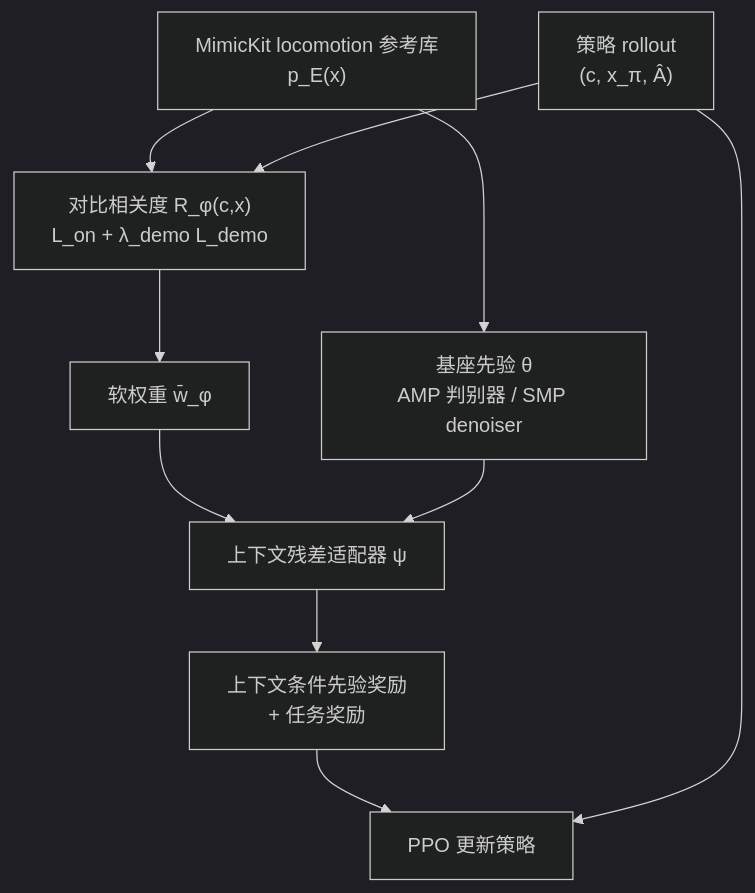
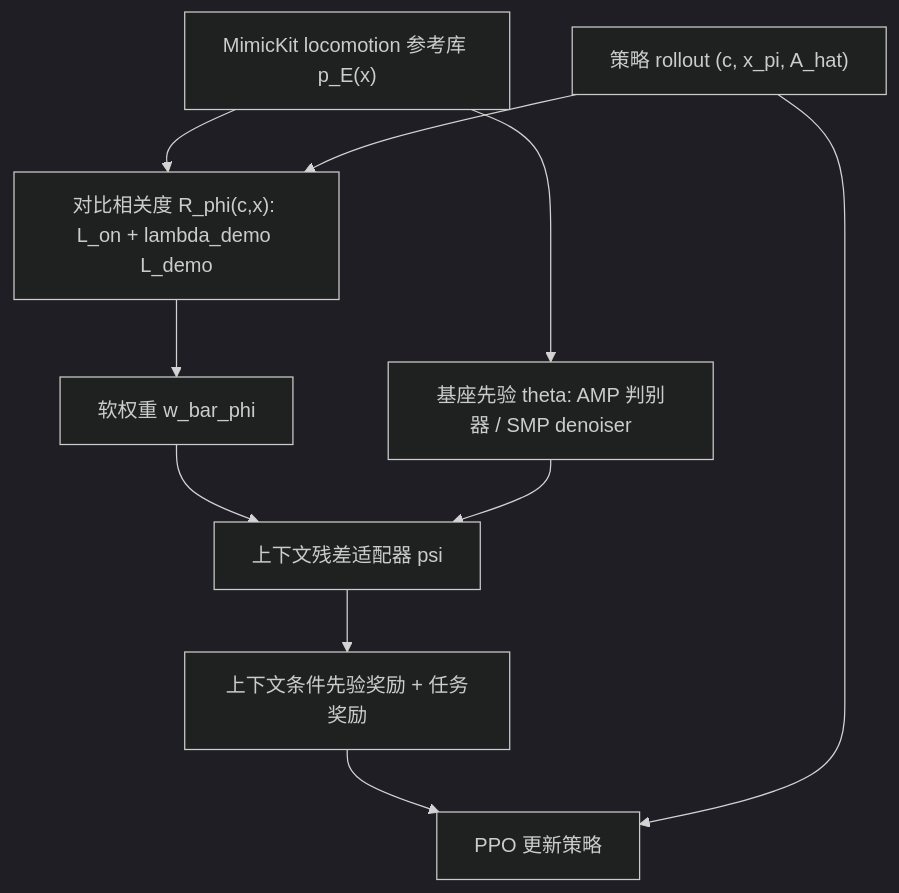
The diagram in wiki/entities/paper-cmp.md (ImChong/Robotics_Notebooks), drawn with Mermaid (dark theme) before and after one commit. The commit also changed other lines of this file and 73 other files, not shown here.

````diff
--- a/wiki/entities/paper-cmp.md
+++ b/wiki/entities/paper-cmp.md
@@ -107,19 +112,19 @@
 ```mermaid
 flowchart TB
-  ref["MimicKit locomotion 参考库<br/>p_E(x)"]
-  roll["策略 rollout<br/>(c, x_π, Â)"]
-  rel["对比相关度 R_φ(c,x)<br/>L_on + λ_demo L_demo"]
-  w["软权重 w̄_φ"]
-  base["基座先验 θ<br/>AMP 判别器 / SMP denoiser"]
-  adapt["上下文残差适配器 ψ"]
-  reward["上下文条件先验奖励<br/>+ 任务奖励"]
+  ref["MimicKit locomotion 参考库 p_E(x)"]
+  roll["策略 rollout (c, x_pi, A_hat)"]
+  rel["对比相关度 R_phi(c,x): L_on + lambda_demo L_demo"]
+  w["软权重 w_bar_phi"]
+  base["基座先验 theta: AMP 判别器 / SMP denoiser"]
+  adapt["上下文残差适配器 psi"]
+  reward["上下文条件先验奖励 + 任务奖励"]
   ppo["PPO 更新策略"]
   ref --> rel
   roll --> rel
   rel --> w
   ref --> base
   w --> adapt
   base --> adapt
   adapt --> reward --> ppo
   roll --> ppo
 ```
````
